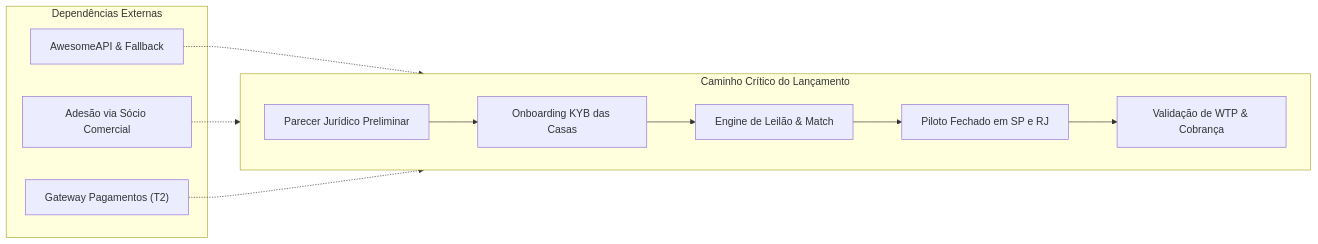
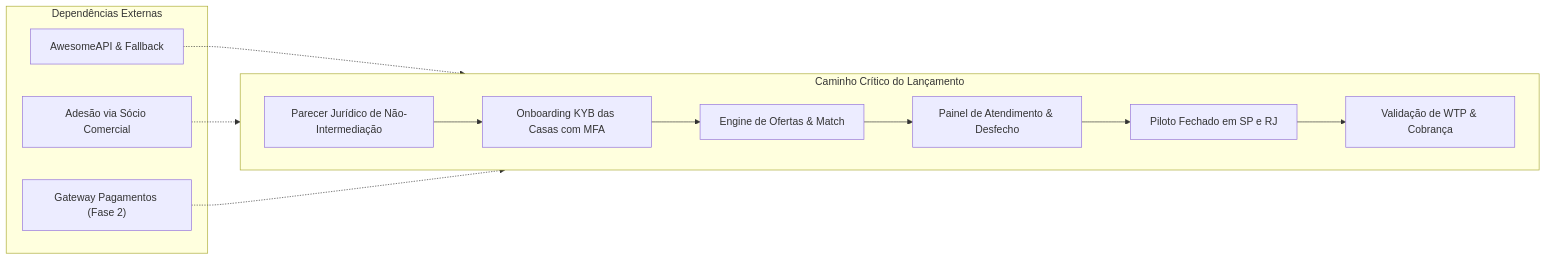
One commit to rspindola/melhor-cambio-clone changed the second of 2 diagrams in docs/06-roadmap/roadmap.md. Above: the diagram before and after it, drawn with Mermaid. The commit also changed other lines of this file and 13 other files, not shown here.

````diff
--- a/docs/06-roadmap/roadmap.md
+++ b/docs/06-roadmap/roadmap.md
@@ -143,16 +161,17 @@
 ```mermaid
 flowchart LR
     subgraph CaminhoCritico["Caminho Crítico do Lançamento"]
         direction LR
-        A["Parecer Jurídico Preliminar"] --> B["Onboarding KYB das Casas"]
-        B --> C["Engine de Leilão & Match"]
-        C --> D["Piloto Fechado em SP e RJ"]
-        D --> E["Validação de WTP & Cobrança"]
+        A["Parecer Jurídico de Não-Intermediação"] --> B["Onboarding KYB das Casas com MFA"]
+        B --> C["Engine de Ofertas & Match"]
+        C --> D["Painel de Atendimento & Desfecho"]
+        D --> E["Piloto Fechado em SP e RJ"]
+        E --> F["Validação de WTP & Cobrança"]
     end
 
     subgraph DependenciasExternas["Dependências Externas"]
         API["AwesomeAPI & Fallback"] -.-> C
         Rede["Adesão via Sócio Comercial"] -.-> B
-        Gateway["Gateway Pagamentos (T2)"] -.-> E
+        Gateway["Gateway Pagamentos (Fase 2)"] -.-> F
     end
 ```
````
